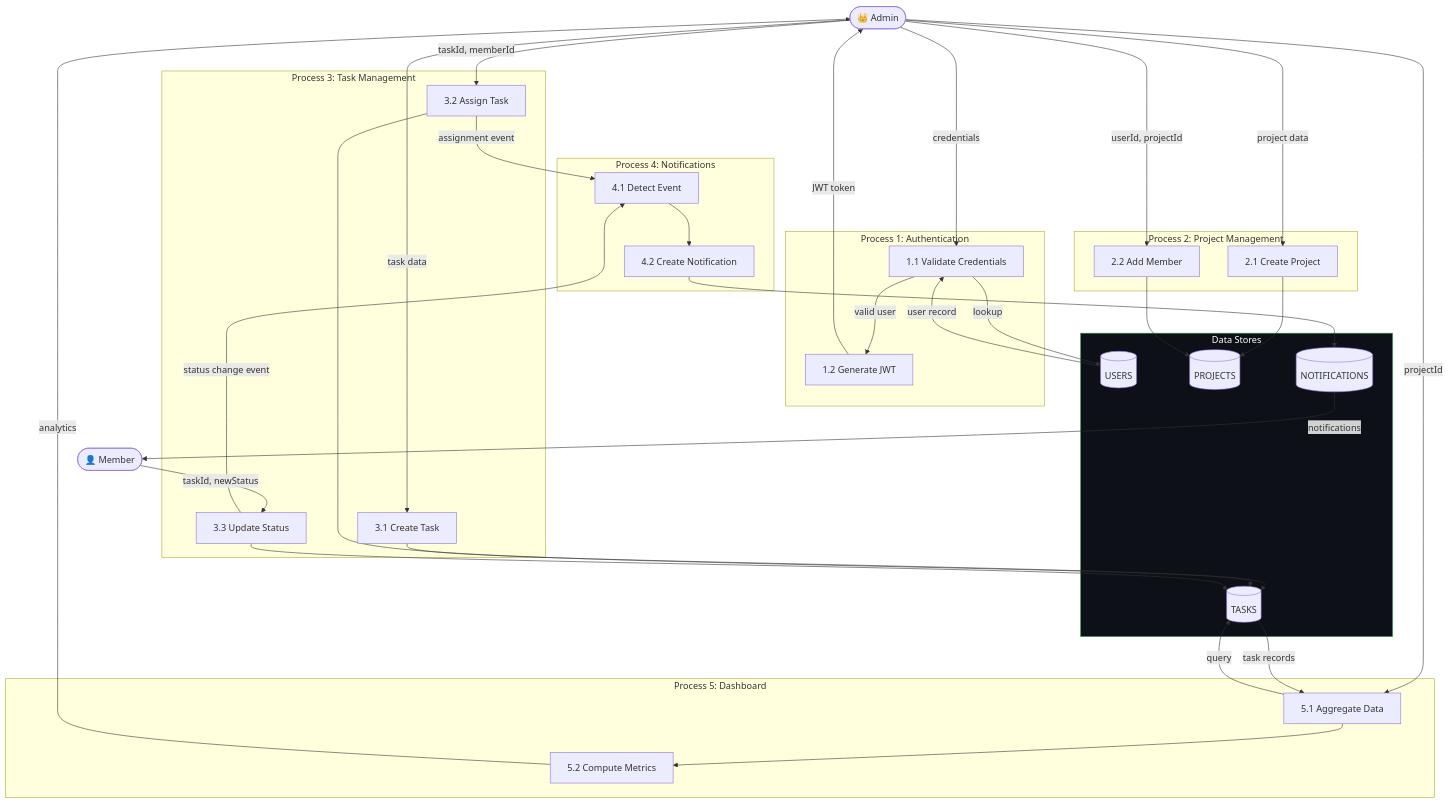
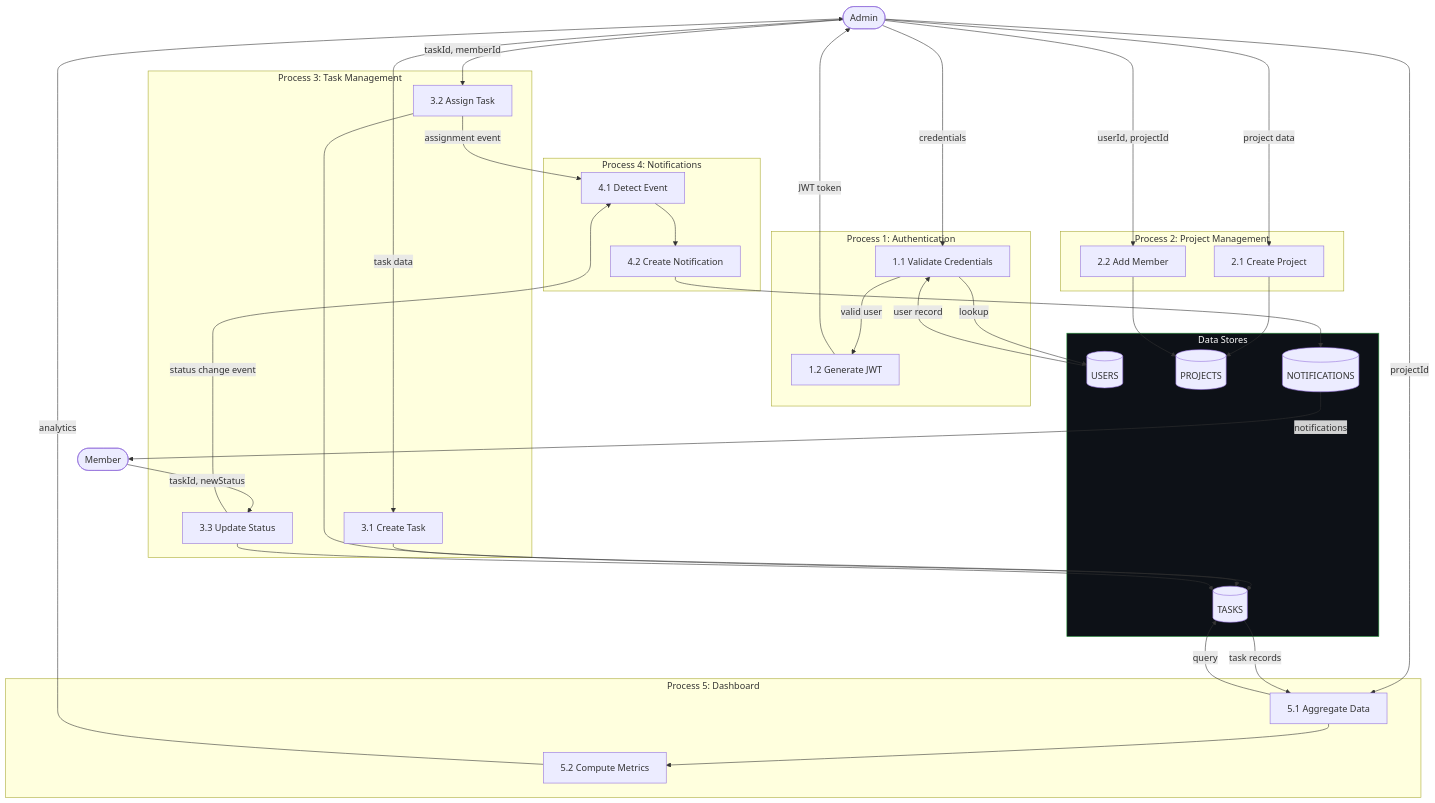
The third of 3 diagrams in ErDiagram.md (VIPAX-JIT/TaskFlow), drawn with Mermaid before and after one commit. The commit also changed other lines of this file and 4 other files, not shown here.

Commit message:
sequenceDiagram changes..FLowchart Added

````diff
--- a/ErDiagram.md
+++ b/ErDiagram.md
@@ -102,71 +102,71 @@
 ```mermaid
 flowchart TD
-    Admin(["👑 Admin"])
-    Member(["👤 Member"])
+    Admin([" Admin"])
+    Member([" Member"])
 
     subgraph P1["Process 1: Authentication"]
         P1A["1.1 Validate Credentials"]
         P1B["1.2 Generate JWT"]
     end
 
     subgraph P2["Process 2: Project Management"]
         P2A["2.1 Create Project"]
         P2B["2.2 Add Member"]
     end
 
     subgraph P3["Process 3: Task Management"]
         P3A["3.1 Create Task"]
         P3B["3.2 Assign Task"]
         P3C["3.3 Update Status"]
     end
 
     subgraph P4["Process 4: Notifications"]
         P4A["4.1 Detect Event"]
         P4B["4.2 Create Notification"]
     end
 
     subgraph P5["Process 5: Dashboard"]
         P5A["5.1 Aggregate Data"]
         P5B["5.2 Compute Metrics"]
     end
 
     subgraph DS["Data Stores"]
         D1[(USERS)]
         D2[(PROJECTS)]
         D3[(TASKS)]
         D4[(NOTIFICATIONS)]
     end
 
     Admin -->|"credentials"| P1A
     P1A -->|"lookup"| D1
     D1 -->|"user record"| P1A
     P1A -->|"valid user"| P1B
     P1B -->|"JWT token"| Admin
 
     Admin -->|"project data"| P2A
     P2A --> D2
     Admin -->|"userId, projectId"| P2B
     P2B --> D2
 
     Admin -->|"task data"| P3A
     P3A --> D3
     Admin -->|"taskId, memberId"| P3B
     P3B --> D3
     P3B -->|"assignment event"| P4A
 
     Member -->|"taskId, newStatus"| P3C
     P3C --> D3
     P3C -->|"status change event"| P4A
 
     P4A --> P4B
     P4B --> D4
     D4 -->|"notifications"| Member
 
     Admin -->|"projectId"| P5A
     P5A -->|"query"| D3
     D3 -->|"task records"| P5A
     P5A --> P5B
     P5B -->|"analytics"| Admin
 
     style DS fill:#0d1117,stroke:#2ea043,color:#fff
 ```
````
